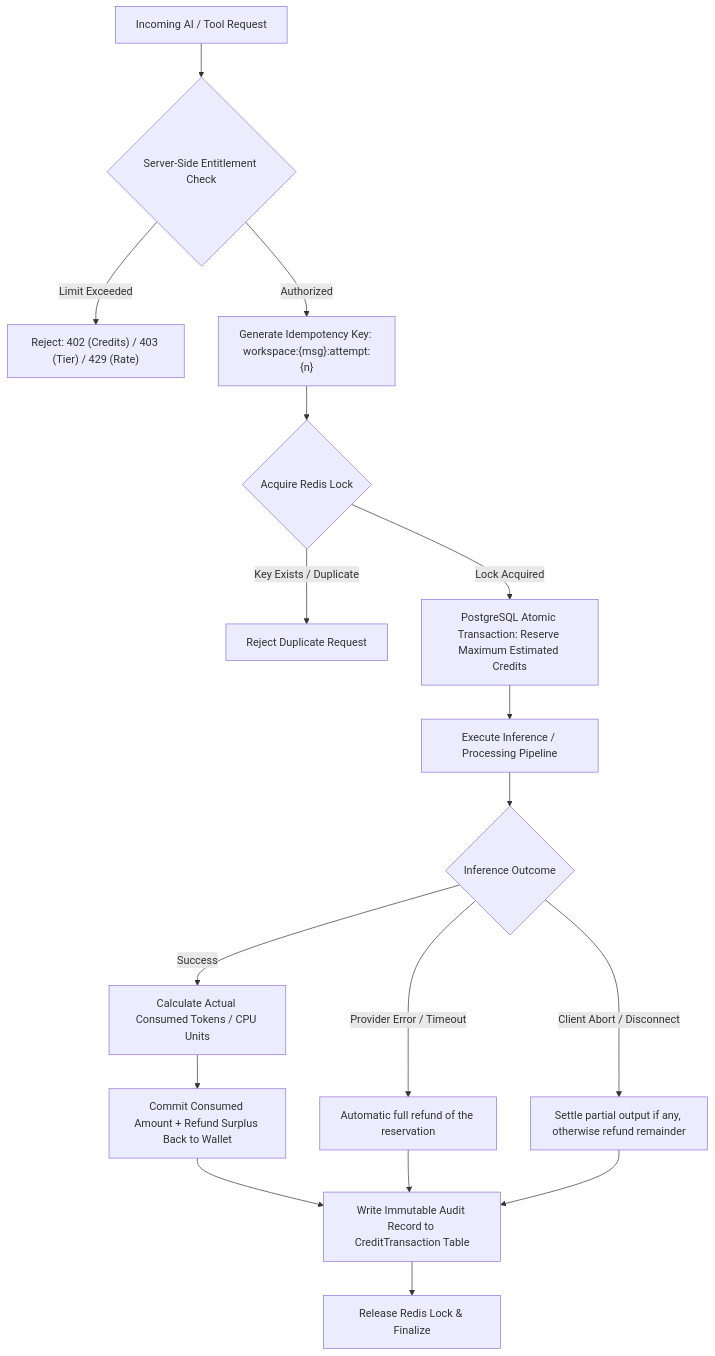
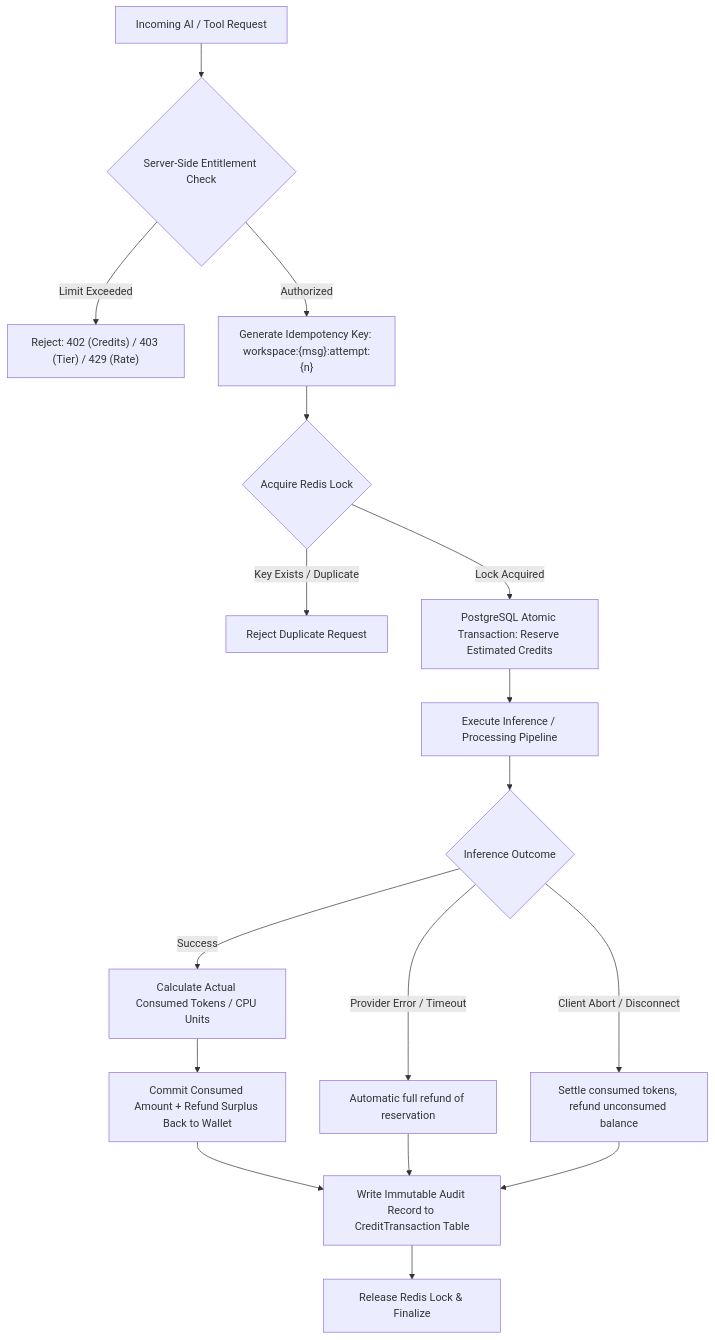
One commit to md-ajim/ToolHub-AI-Architecture changed the third of 5 diagrams in README.md. Above: the diagram before and after it, drawn with Mermaid. The commit also changed other lines of this file, not shown here.

````diff
--- a/README.md
+++ b/README.md
@@ -239,26 +198,26 @@
 ```mermaid
 flowchart TD
     StartRequest["Incoming AI / Tool Request"] --> CheckEntitlements{"Server-Side Entitlement Check"}
     
     CheckEntitlements -->|Limit Exceeded| Rejection["Reject: 402 (Credits) / 403 (Tier) / 429 (Rate)"]
     CheckEntitlements -->|Authorized| GenKey["Generate Idempotency Key: workspace:{msg}:attempt:{n}"]
     
     GenKey --> AcquireLock{"Acquire Redis Lock"}
     AcquireLock -->|Key Exists / Duplicate| Discard["Reject Duplicate Request"]
-    AcquireLock -->|Lock Acquired| AtomicReserve["PostgreSQL Atomic Transaction: Reserve Maximum Estimated Credits"]
+    AcquireLock -->|Lock Acquired| AtomicReserve["PostgreSQL Atomic Transaction: Reserve Estimated Credits"]
     
     AtomicReserve --> ExecuteInference["Execute Inference / Processing Pipeline"]
     
     ExecuteInference --> ResultCheck{"Inference Outcome"}
     
     ResultCheck -->|Success| ExactCalc["Calculate Actual Consumed Tokens / CPU Units"]
     ExactCalc --> SettleCommit["Commit Consumed Amount + Refund Surplus Back to Wallet"]
     
-    ResultCheck -->|Provider Error / Timeout| FullRefund["Automatic full refund of the reservation"]
-    ResultCheck -->|Client Abort / Disconnect| PartialRefund["Settle partial output if any, otherwise refund remainder"]
+    ResultCheck -->|Provider Error / Timeout| FullRefund["Automatic full refund of reservation"]
+    ResultCheck -->|Client Abort / Disconnect| PartialRefund["Settle consumed tokens, refund unconsumed balance"]
     
     SettleCommit --> LogLedger["Write Immutable Audit Record to CreditTransaction Table"]
     FullRefund --> LogLedger
     PartialRefund --> LogLedger
     LogLedger --> ReleaseLock["Release Redis Lock & Finalize"]
 ```
````
